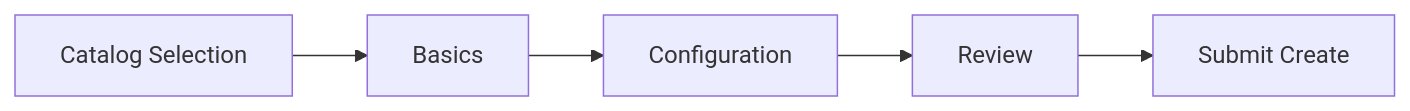
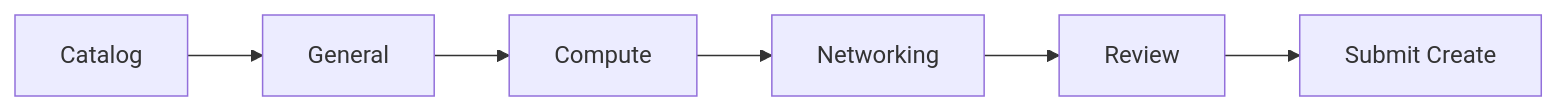
Before and after one commit to osac-project/enhancement-proposals: the diagram in enhancements/configuration-wizard-OSAC-1421/prd.md, drawn with Mermaid. The commit also changed other lines of this file, not shown here.

Commit message:
Adopt five-step wizard: Catalog → General → Compute → Networking → Review

````diff
--- a/enhancements/configuration-wizard-OSAC-1421/prd.md
+++ b/enhancements/configuration-wizard-OSAC-1421/prd.md
@@ -90,7 +84,8 @@
 ```mermaid
 flowchart LR
-  A[Catalog Selection] --> B[Basics]
-  B --> C[Configuration]
-  C --> D[Review]
-  D --> E[Submit Create]
+  A[Catalog] --> B[General]
+  B --> C[Compute]
+  C --> D[Networking]
+  D --> E[Review]
+  E --> F[Submit Create]
 ```
````
